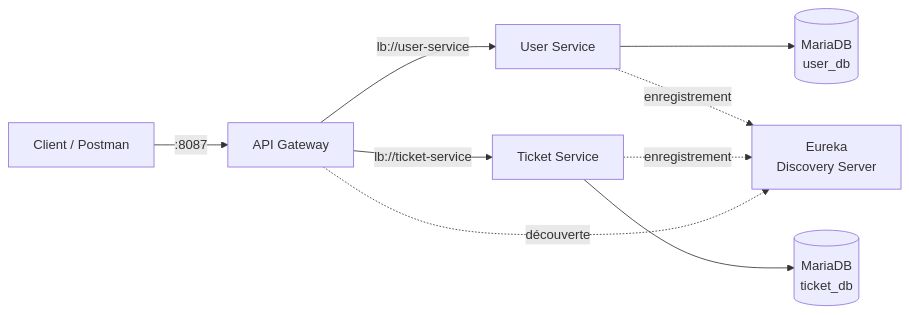
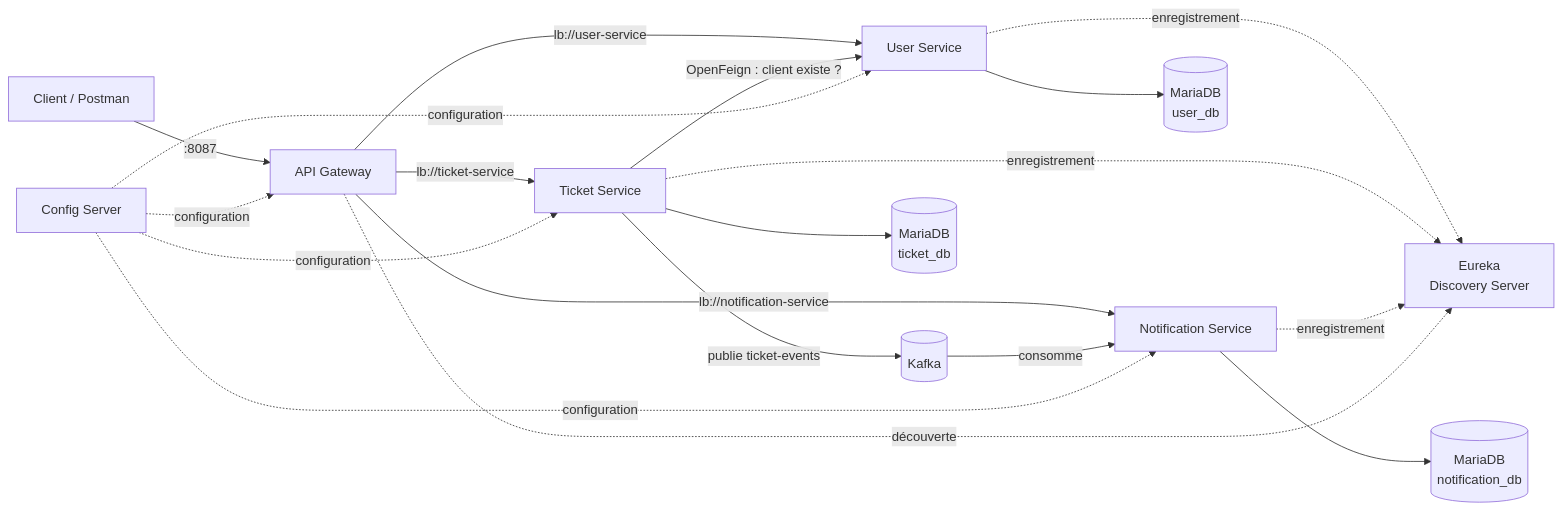
One commit to anasxaz/ticketflow changed the first of 2 diagrams in README.md. Above: the diagram before and after it, drawn with Mermaid. The commit also changed other lines of this file, not shown here.

````diff
--- a/README.md
+++ b/README.md
@@ -13,11 +13,27 @@
 ```mermaid
 flowchart LR
     C[Client / Postman] -->|:8087| GW[API Gateway]
+
     GW -->|lb://user-service| US[User Service]
     GW -->|lb://ticket-service| TS[Ticket Service]
+    GW -->|lb://notification-service| NS[Notification Service]
+
+    TS -->|OpenFeign : client existe ?| US
+    TS -->|publie ticket-events| K[(Kafka)]
+    K -->|consomme| NS
+
     US --> UDB[(MariaDB<br/>user_db)]
     TS --> TDB[(MariaDB<br/>ticket_db)]
-    US -. enregistrement .-> EU[Eureka<br/>Discovery Server]
+    NS --> NDB[(MariaDB<br/>notification_db)]
+
+    CS[Config Server] -. configuration .-> US
+    CS -. configuration .-> TS
+    CS -. configuration .-> NS
+    CS -. configuration .-> GW
+
+    EU[Eureka<br/>Discovery Server]
+    US -. enregistrement .-> EU
     TS -. enregistrement .-> EU
+    NS -. enregistrement .-> EU
     GW -. découverte .-> EU
 ```
````
